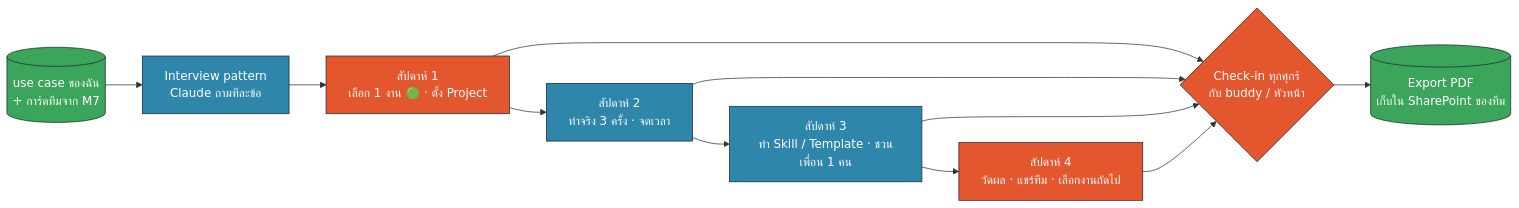
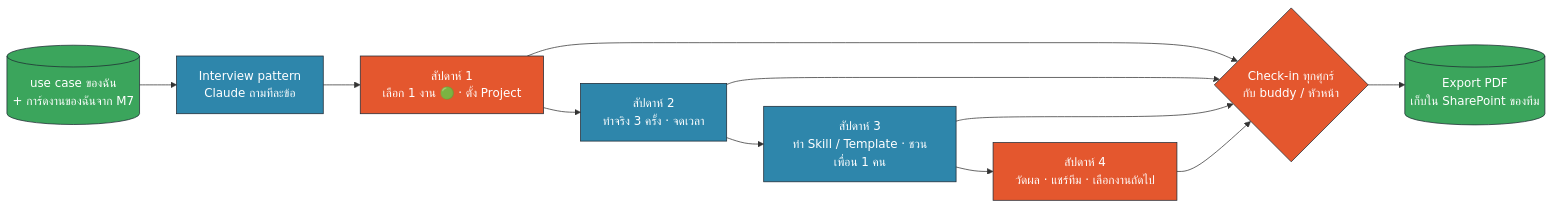
One commit to batprem/banpu-claude-course changed the diagram in materials/m8/diagrams/plan-30-days.mmd. Above: the diagram before and after it, drawn with Mermaid. The commit also changed 50 other files, not shown here.

```diff
--- a/materials/m8/diagrams/plan-30-days.mmd
+++ b/materials/m8/diagrams/plan-30-days.mmd
@@ -1,12 +1,12 @@
 %% ภารกิจ 3: แผน 30 วันของฉัน (week by week + check-in)
 flowchart LR
-    U[("use case ของฉัน<br/>+ การ์ดทีมจาก M7")]:::data --> I["Interview pattern<br/>Claude ถามทีละข้อ"]:::ai
+    U[("use case ของฉัน<br/>+ การ์ดงานของฉันจาก M7")]:::data --> I["Interview pattern<br/>Claude ถามทีละข้อ"]:::ai
     I --> W1["สัปดาห์ 1<br/>เลือก 1 งาน 🟢 · ตั้ง Project"]:::human
     W1 --> W2["สัปดาห์ 2<br/>ทำจริง 3 ครั้ง · จดเวลา"]:::ai
     W2 --> W3["สัปดาห์ 3<br/>ทำ Skill / Template · ชวนเพื่อน 1 คน"]:::ai
     W3 --> W4["สัปดาห์ 4<br/>วัดผล · แชร์ทีม · เลือกงานถัดไป"]:::human
     W1 & W2 & W3 & W4 --> CI{"Check-in ทุกศุกร์<br/>กับ buddy / หัวหน้า"}:::human
     CI --> PDF[("Export PDF<br/>เก็บใน SharePoint ของทีม")]:::data
     classDef human fill:#E4572E,color:#fff,stroke:#1F2933;
     classDef ai fill:#2E86AB,color:#fff,stroke:#1F2933;
     classDef data fill:#3BA55C,color:#fff,stroke:#1F2933;
```
